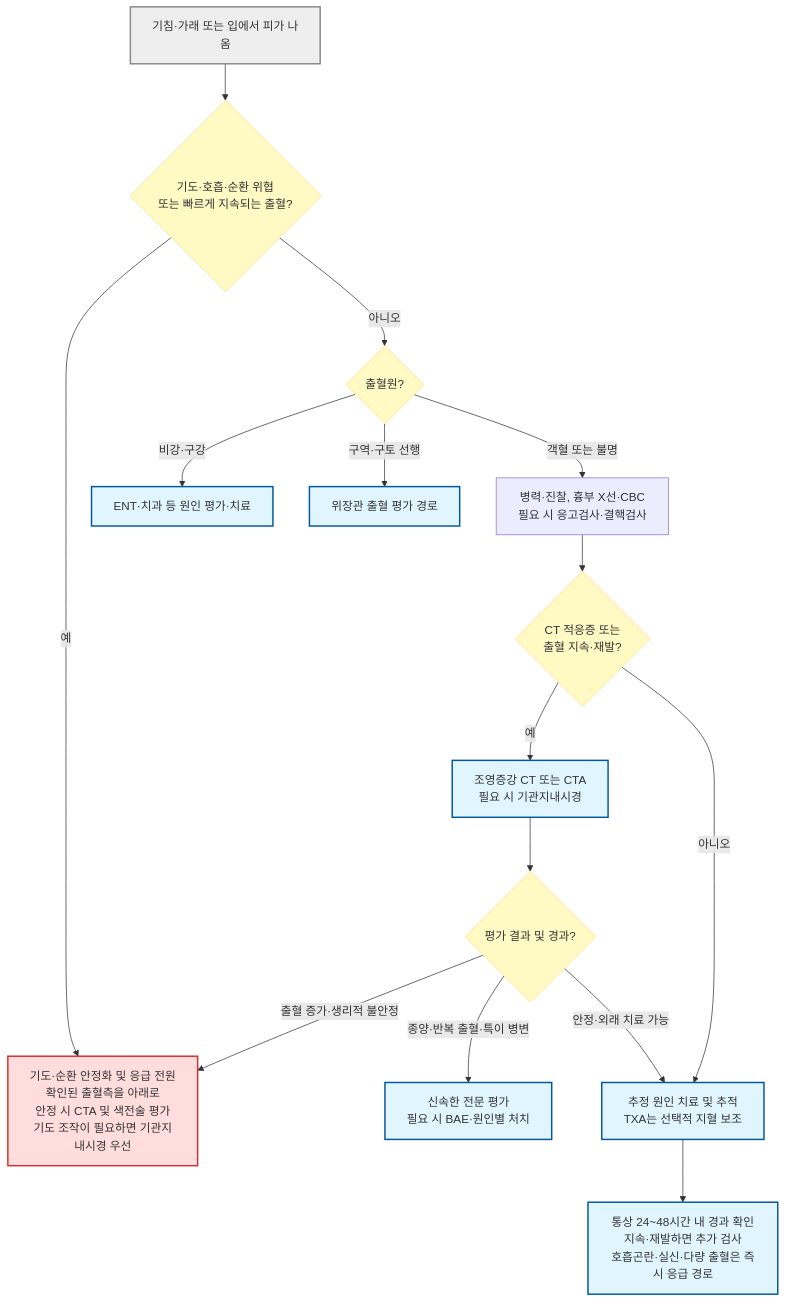
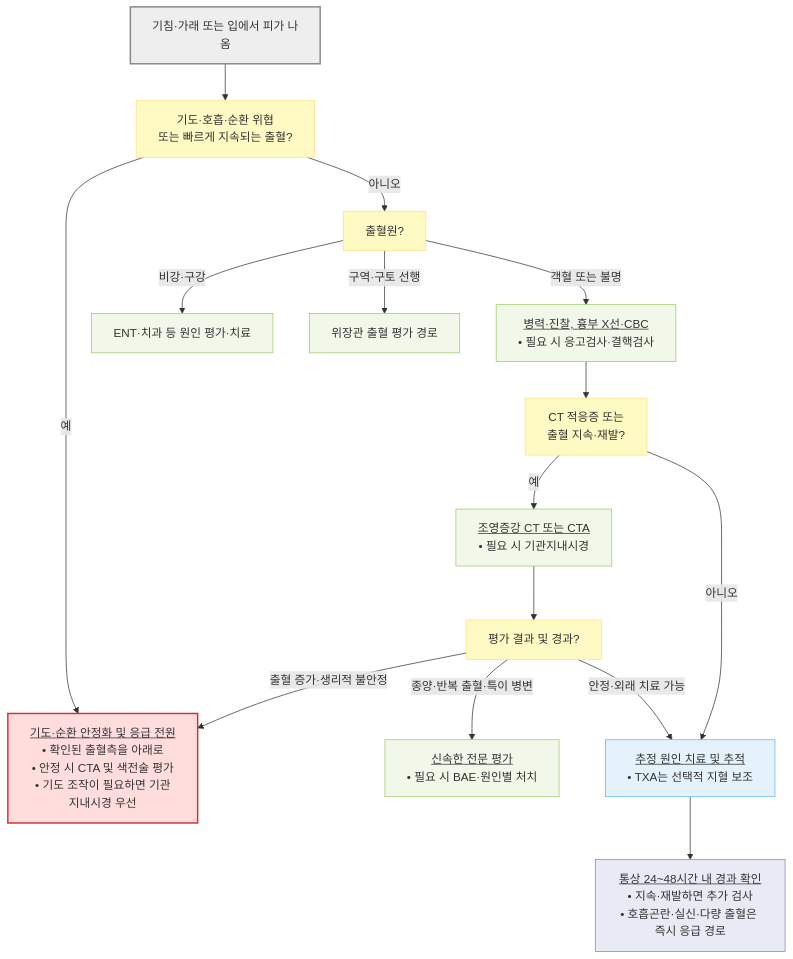
The diagram in 220_/008_-hemoptysis.md (familyoh77/familyoh77), drawn with Mermaid before and after one commit. The commit also changed 13 other files, not shown here.

````diff
--- a/220_/008_-hemoptysis.md
+++ b/220_/008_-hemoptysis.md
@@ -103,23 +103,30 @@
 ```mermaid
 flowchart TD
-    A["기침·가래 또는 입에서 피가 나옴"] --> E{"기도·호흡·순환 위협<br>또는 빠르게 지속되는 출혈?"}
-    E -- "예" --> F["기도·순환 안정화 및 응급 전원<br>확인된 출혈측을 아래로<br>안정 시 CTA 및 색전술 평가<br>기도 조작이 필요하면 기관지내시경 우선"]
-    E -- "아니오" --> B{"출혈원?"}
+    A["기침·가래 또는 입에서 피가 나옴"] --> E["기도·호흡·순환 위협<br/>또는 빠르게 지속되는 출혈?"]
+    E -- "예" --> F["<u>기도·순환 안정화 및 응급 전원</u><br/>• 확인된 출혈측을 아래로<br/>• 안정 시 CTA 및 색전술 평가<br/>• 기도 조작이 필요하면 기관지내시경 우선"]
+    E -- "아니오" --> B["출혈원?"]
     B -- "비강·구강" --> C["ENT·치과 등 원인 평가·치료"]
     B -- "구역·구토 선행" --> D["위장관 출혈 평가 경로"]
-    B -- "객혈 또는 불명" --> G["병력·진찰, 흉부 X선·CBC<br>필요 시 응고검사·결핵검사"]
-    G --> H{"CT 적응증 또는<br>출혈 지속·재발?"}
-    H -- "예" --> I["조영증강 CT 또는 CTA<br>필요 시 기관지내시경"]
-    H -- "아니오" --> J["추정 원인 치료 및 추적<br>TXA는 선택적 지혈 보조"]
-    I --> K{"평가 결과 및 경과?"}
+    B -- "객혈 또는 불명" --> G["<u>병력·진찰, 흉부 X선·CBC</u><br/>• 필요 시 응고검사·결핵검사"]
+    G --> H["CT 적응증 또는<br/>출혈 지속·재발?"]
+    H -- "예" --> I["<u>조영증강 CT 또는 CTA</u><br/>• 필요 시 기관지내시경"]
+    H -- "아니오" --> J["<u>추정 원인 치료 및 추적</u><br/>• TXA는 선택적 지혈 보조"]
+    I --> K["평가 결과 및 경과?"]
     K -- "출혈 증가·생리적 불안정" --> F
-    K -- "종양·반복 출혈·특이 병변" --> R["신속한 전문 평가<br>필요 시 BAE·원인별 처치"]
+    K -- "종양·반복 출혈·특이 병변" --> R["<u>신속한 전문 평가</u><br/>• 필요 시 BAE·원인별 처치"]
     K -- "안정·외래 치료 가능" --> J
-    J --> FU["통상 24~48시간 내 경과 확인<br>지속·재발하면 추가 검사<br>호흡곤란·실신·다량 출혈은 즉시 응급 경로"]
+    J --> FU["<u>통상 24~48시간 내 경과 확인</u><br/>• 지속·재발하면 추가 검사<br/>• 호흡곤란·실신·다량 출혈은 즉시 응급 경로"]
+
+    classDef start fill:#eeeeee,stroke:#888888,stroke-width:2px
     classDef question fill:#fff9c4,stroke:#ffe082
-    classDef treatment fill:#e1f5fe,stroke:#01579b,stroke-width:2px
+    classDef emergency fill:#ffdddd,stroke:#d32f2f,stroke-width:2px
+    classDef evaluation fill:#f1f8e9,stroke:#9ccc65
+    classDef treatment fill:#e3f2fd,stroke:#64b5f6
+    classDef followup fill:#e8eaf6,stroke:#7986cb
+    class A start
     class E,B,H,K question
-    class C,D,I,J,R,FU treatment
-    style F fill:#ffdddd,stroke:#d32f2f,stroke-width:2px
-    style A fill:#eeeeee,stroke:#888888,stroke-width:2px
+    class F emergency
+    class C,D,G,I,R evaluation
+    class J treatment
+    class FU followup
 ```
````
